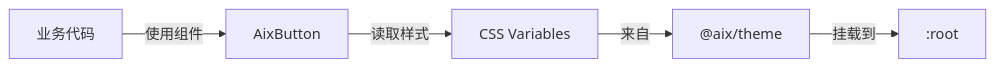
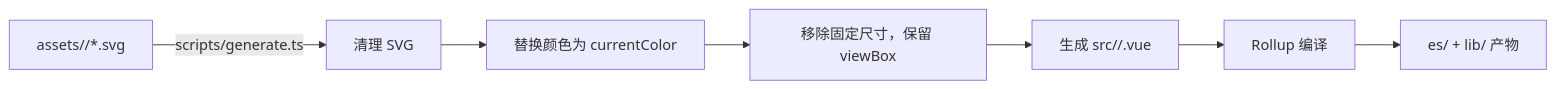
One commit to sunweijieMJ/aix changed the tenth of 17 diagrams in docs/guide/architecture.md. Above: the diagram before and after it, drawn with Mermaid. The commit also changed other lines of this file and 39 other files, not shown here.

````diff
--- a/docs/guide/architecture.md
+++ b/docs/guide/architecture.md
@@ -380,7 +503,9 @@
 ```mermaid
 flowchart LR
-    A[业务代码] -->|使用组件| B[AixButton]
-    B -->|读取样式| C[CSS Variables]
-    C -->|来自| D["@aix/theme"]
-    D -->|挂载到| E[":root"]
+    A["assets/<category>/*.svg"] -->|scripts/generate.ts| B[清理 SVG]
+    B --> C["替换颜色为 currentColor"]
+    C --> D["移除固定尺寸，保留 viewBox"]
+    D --> E["生成 src/<Category>/<Name>.vue"]
+    E --> F[Rollup 编译]
+    F --> G["es/ + lib/ 产物"]
 ```
````
